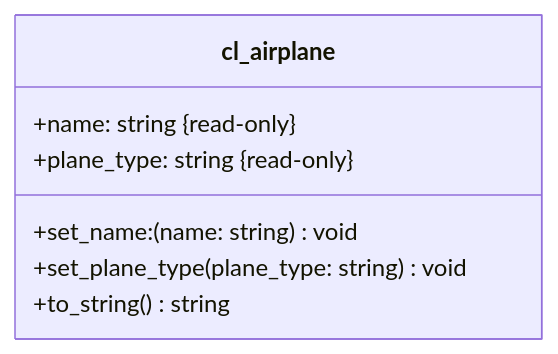
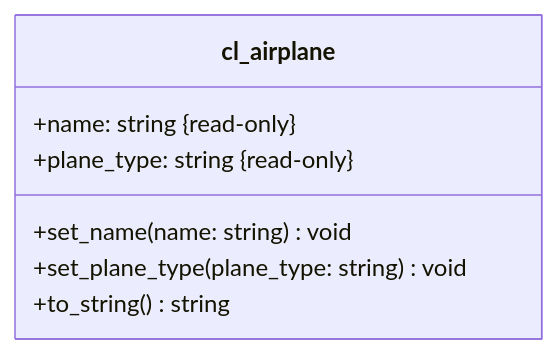
One commit to appenmaier/s4hana changed the diagram in docs/exercises/abap-objects/abap-objects-01.md. Above: the diagram before and after it, drawn with Mermaid.

Commit message:
Update abap-objects-01.md (#66)

````diff
--- a/docs/exercises/abap-objects/abap-objects-01.md
+++ b/docs/exercises/abap-objects/abap-objects-01.md
@@ -10,10 +10,10 @@
 ```mermaid
 classDiagram
     class cl_airplane {
       +name: string &#123read-only&#125
       +plane_type: string &#123read-only&#125
-      +set_name:(name: string) void
+      +set_name(name: string) void
       +set_plane_type(plane_type: string) void
       +to_string() string
     }
 ```
````
